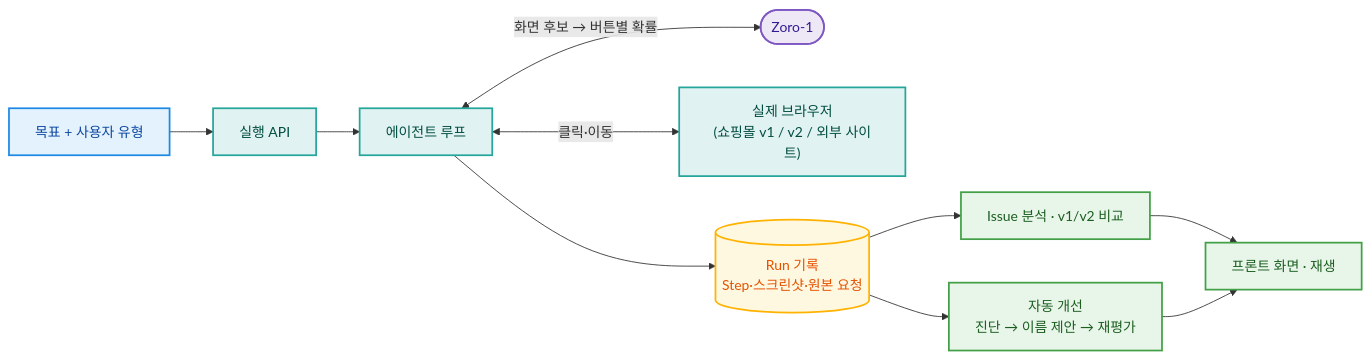
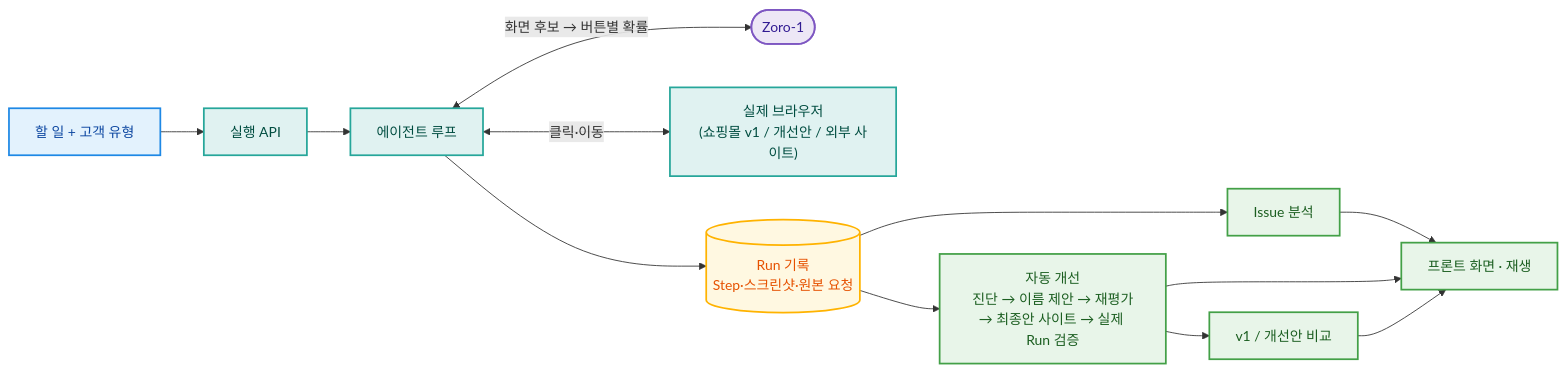
Before and after one commit to URECA-UX-Mirror/UX-Mirror-BE: the first of 8 diagrams in README.md, drawn with Mermaid. The commit also changed other lines of this file, not shown here.

````diff
--- a/README.md
+++ b/README.md
@@ -6,22 +6,24 @@
 ```mermaid
 flowchart LR
-    U["목표 + 사용자 유형"] --> API["실행 API"]
+    U["할 일 + 고객 유형"] --> API["실행 API"]
     API --> L["에이전트 루프"]
     L <-->|"화면 후보 → 버튼별 확률"| Z(["Zoro-1"])
-    L <-->|"클릭·이동"| B["실제 브라우저<br/>(쇼핑몰 v1 / v2 / 외부 사이트)"]
+    L <-->|"클릭·이동"| B["실제 브라우저<br/>(쇼핑몰 v1 / 개선안 / 외부 사이트)"]
     L --> S[("Run 기록<br/>Step·스크린샷·원본 요청")]
-    S --> A["Issue 분석 · v1/v2 비교"]
-    S --> I["자동 개선<br/>진단 → 이름 제안 → 재평가"]
+    S --> A["Issue 분석"]
+    S --> I["자동 개선<br/>진단 → 이름 제안 → 재평가<br/>→ 최종안 사이트 → 실제 Run 검증"]
+    I --> C["v1 / 개선안 비교"]
     A --> FE["프론트 화면 · 재생"]
     I --> FE
+    C --> FE
     classDef inp fill:#E3F2FD,stroke:#1E88E5,stroke-width:2px,color:#0D47A1
     classDef model fill:#EDE7F6,stroke:#7E57C2,stroke-width:2px,color:#311B92
     classDef sys fill:#E0F2F1,stroke:#26A69A,stroke-width:2px,color:#004D40
     classDef store fill:#FFF8E1,stroke:#FFB300,stroke-width:2px,color:#E65100
     classDef ok fill:#E8F5E9,stroke:#43A047,stroke-width:2px,color:#1B5E20
     class U inp
     class Z model
     class API,L,B sys
     class S store
-    class A,I,FE ok
+    class A,I,C,FE ok
 ```
````
